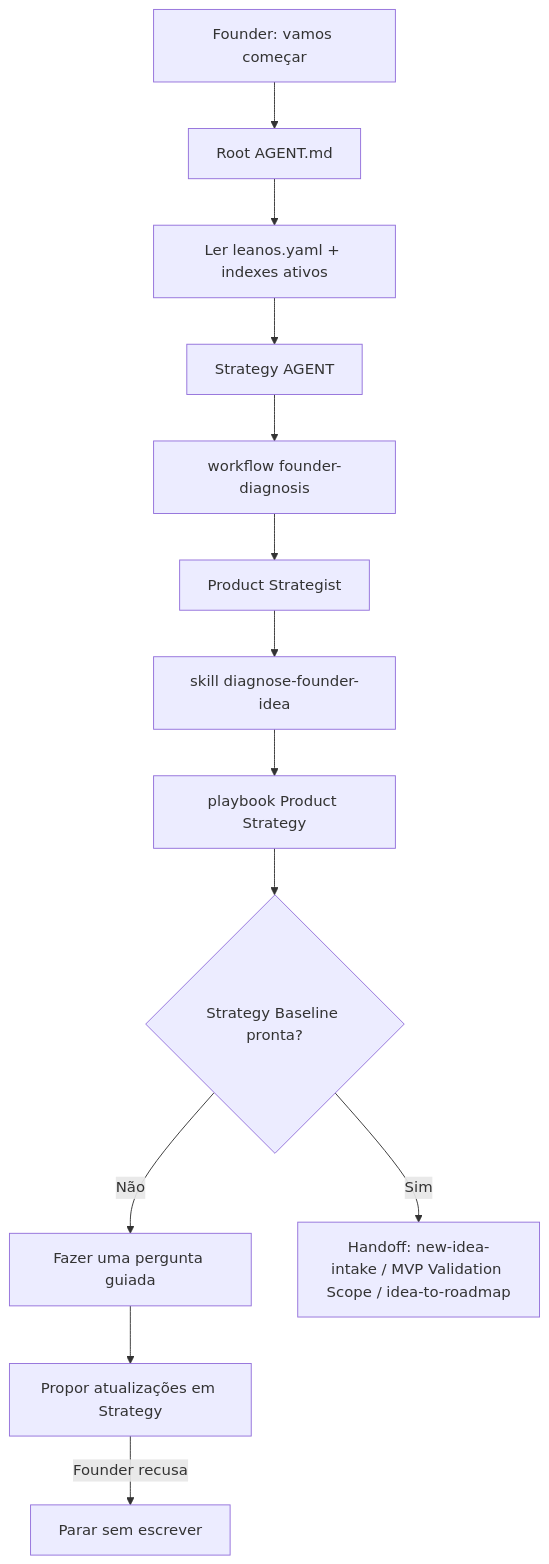
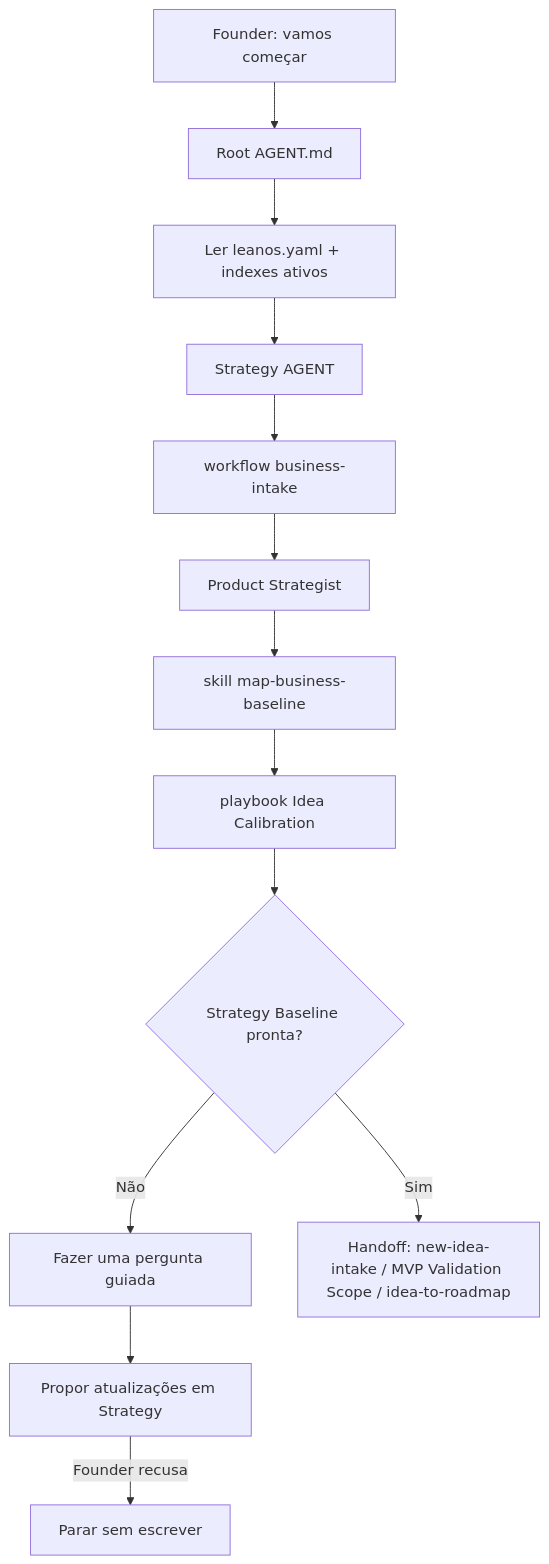
One commit to desousajhonny/leanOS changed the diagram in docs/framework/founder-journeys/start-leanos.md. Above: the diagram before and after it, drawn with Mermaid. The commit also changed other lines of this file and 42 other files, not shown here.

Commit message:
chore: clarify business intake flow

````diff
--- a/docs/framework/founder-journeys/start-leanos.md
+++ b/docs/framework/founder-journeys/start-leanos.md
@@ -22,21 +22,21 @@
 ```mermaid
 flowchart TD
   A["Founder: vamos começar"]
   B["Root AGENT.md"]
   C["Ler leanos.yaml + indexes ativos"]
   D["Strategy AGENT"]
-  E["workflow founder-diagnosis"]
+  E["workflow business-intake"]
   F["Product Strategist"]
-  G["skill diagnose-founder-idea"]
-  H["playbook Product Strategy"]
+  G["skill map-business-baseline"]
+  H["playbook Idea Calibration"]
   I{"Strategy Baseline pronta?"}
   J["Fazer uma pergunta guiada"]
   K["Propor atualizações em Strategy"]
   L["Handoff: new-idea-intake / MVP Validation Scope / idea-to-roadmap"]
   M["Parar sem escrever"]
 
   A --> B --> C --> D --> E --> F --> G --> H --> I
   I -->|Não| J --> K
   I -->|Sim| L
   K -->|Founder recusa| M
 ```
````
